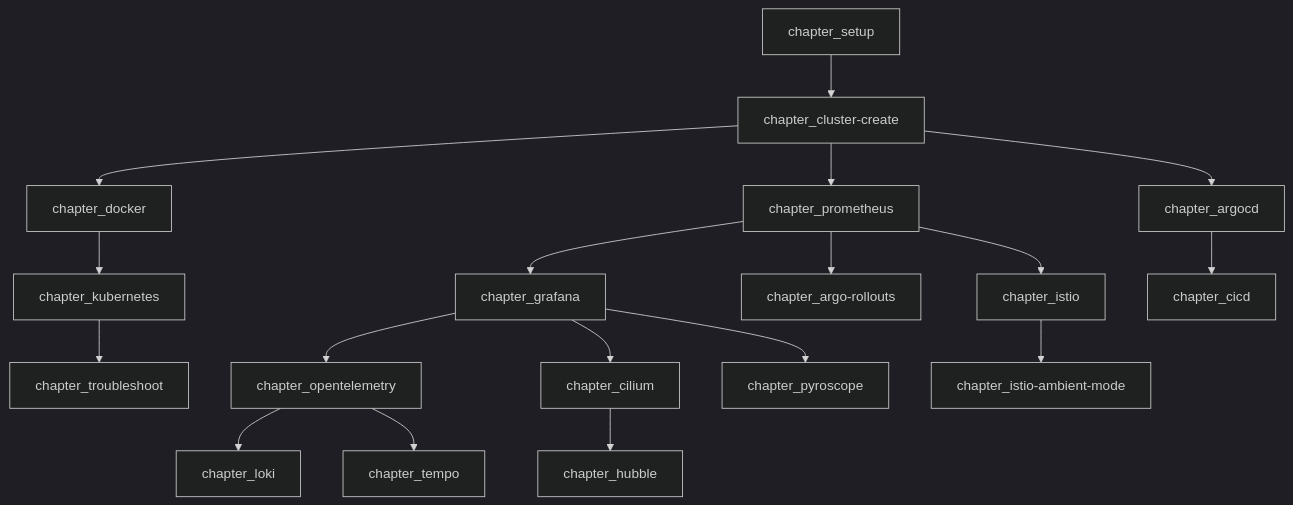
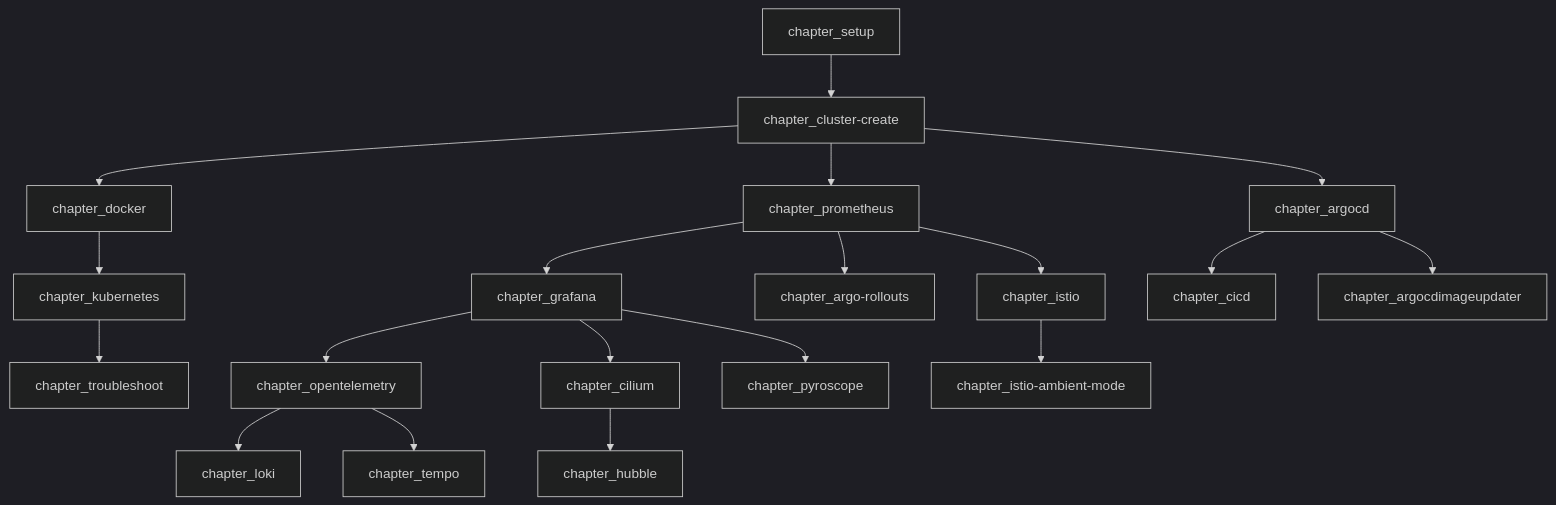
Before and after one commit to cloudnativedaysjp/cnd-handson: the diagram in README.md, drawn with Mermaid (dark theme). The commit also changed other lines of this file, not shown here.

````diff
--- a/README.md
+++ b/README.md
@@ -31,45 +32,47 @@
 ```mermaid
 flowchart TD
     setup[chapter_setup]
     cluster[chapter_cluster-create]
     docker[chapter_docker]
     k8s[chapter_kubernetes]
     prom[chapter_prometheus]
     grafana[chapter_grafana]
     otel[chapter_opentelemetry]
     argocd[chapter_argocd]
+    argocdimageupdater[chapter_argocdimageupdater]
     istio[chapter_istio]
     cilium[chapter_cilium]
     argorollouts[chapter_argo-rollouts]
     istioambient[chapter_istio-ambient-mode]
     hubble[chapter_hubble]
     loki[chapter_loki]
     tempo[chapter_tempo]
     pyroscope[chapter_pyroscope]
     cicd[chapter_cicd]
     troubleshoot[chapter_troubleshoot]
 
     setup-->cluster
     cluster-->docker
     docker-->k8s
     k8s-->troubleshoot
     cluster-->prom
     cluster-->argocd
 
     prom-->grafana
     prom-->argorollouts
     prom-->istio
 
     grafana-->otel
     grafana-->cilium
     grafana-->pyroscope
 
     otel-->loki
     otel-->tempo
 
     cilium-->hubble
 
     istio-->istioambient
 
     argocd-->cicd
+    argocd-->argocdimageupdater
 ```
````
